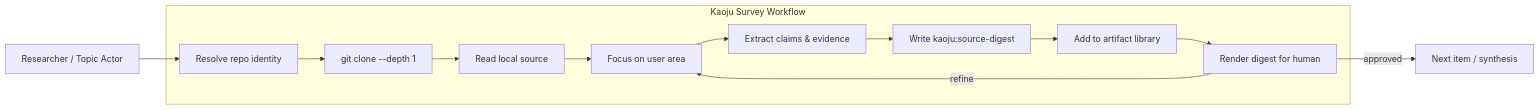
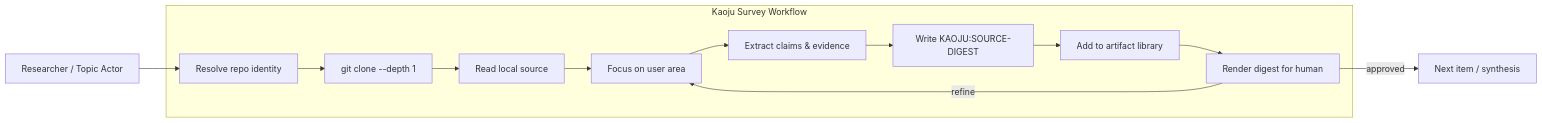
One commit to CodeGandee/isomer-labs changed the first of 2 diagrams in context/features/2026-07-14-kaoju-survey-process-usecases/usecases/uc-08-ingest-source-code-by-link.md. Above: the diagram before and after it, drawn with Mermaid. The commit also changed other lines of this file and 309 other files, not shown here.

````diff
--- a/context/features/2026-07-14-kaoju-survey-process-usecases/usecases/uc-08-ingest-source-code-by-link.md
+++ b/context/features/2026-07-14-kaoju-survey-process-usecases/usecases/uc-08-ingest-source-code-by-link.md
@@ -70,26 +70,26 @@
 ```mermaid
 flowchart LR
   Actor[Researcher / Topic Actor]
 
   subgraph System[Kaoju Survey Workflow]
     Resolve[Resolve repo identity]
     Clone[git clone --depth 1]
     ReadLocal[Read local source]
     Focus[Focus on user area]
     Extract[Extract claims & evidence]
-    WriteDigest[Write kaoju:source-digest]
+    WriteDigest[Write KAOJU:SOURCE-DIGEST]
     AddLibrary[Add to artifact library]
     Review[Render digest for human]
   end
 
   Actor --> Resolve
   Resolve --> Clone
   Clone --> ReadLocal
   ReadLocal --> Focus
   Focus --> Extract
   Extract --> WriteDigest
   WriteDigest --> AddLibrary
   AddLibrary --> Review
   Review -->|approved| Next["Next item / synthesis"]
   Review -->|refine| Focus
 ```
````
